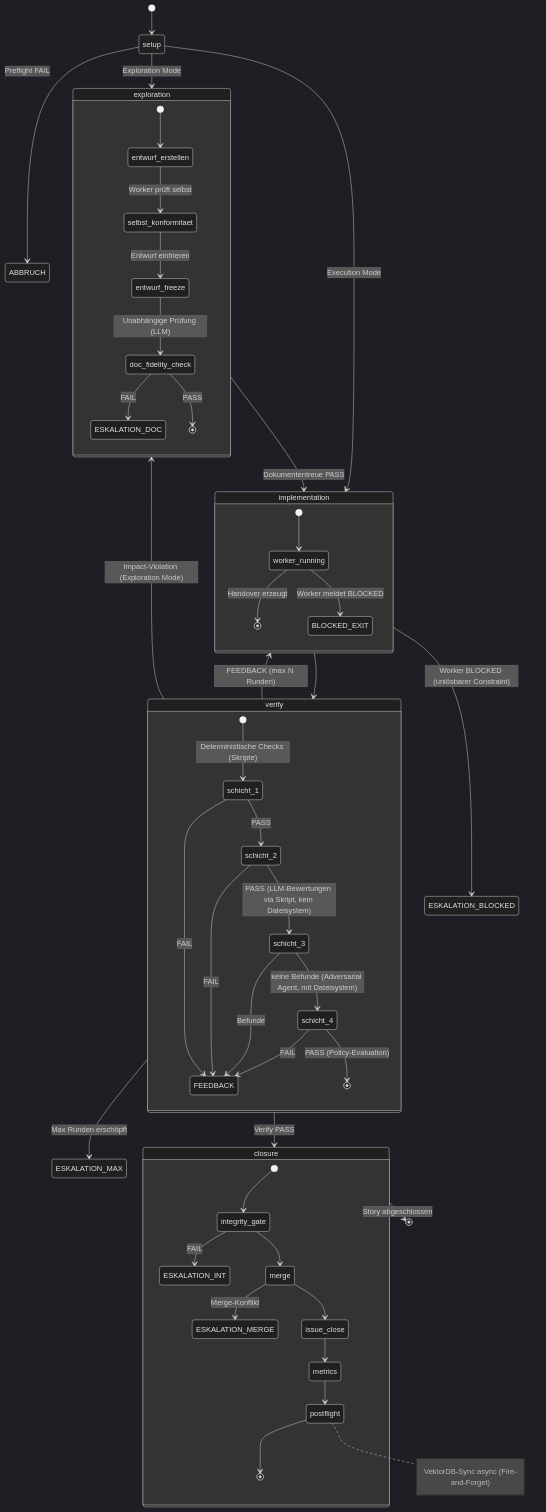
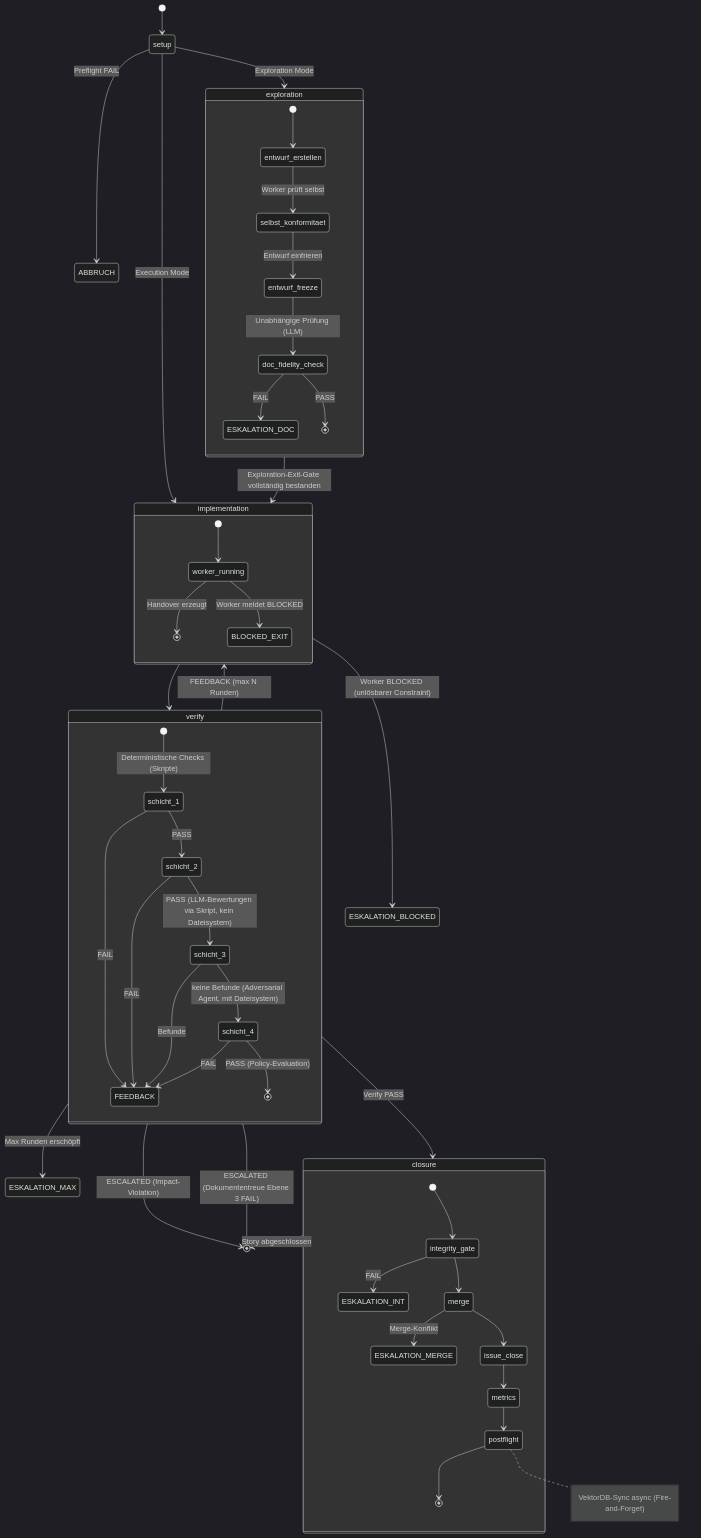
The first of 3 diagrams in concept/technical-design/20_workflow_engine_state_machine.md (saltenhof/claude-agentkit3), drawn with Mermaid (dark theme) before and after one commit. The commit also changed other lines of this file and 2 other files, not shown here.

````diff
--- a/concept/technical-design/20_workflow_engine_state_machine.md
+++ b/concept/technical-design/20_workflow_engine_state_machine.md
@@ -50,59 +50,60 @@
 ```mermaid
 stateDiagram-v2
     [*] --> setup
 
     setup --> ABBRUCH : Preflight FAIL
     setup --> exploration : Exploration Mode
     setup --> implementation : Execution Mode
 
     state exploration {
         [*] --> entwurf_erstellen
         entwurf_erstellen --> selbst_konformitaet : Worker prüft selbst
         selbst_konformitaet --> entwurf_freeze : Entwurf einfrieren
         entwurf_freeze --> doc_fidelity_check : Unabhängige Prüfung (LLM)
         doc_fidelity_check --> ESKALATION_DOC : FAIL
         doc_fidelity_check --> [*] : PASS
     }
 
-    exploration --> implementation : Dokumententreue PASS
+    exploration --> implementation : Exploration-Exit-Gate vollständig bestanden
 
     state implementation {
         [*] --> worker_running
         worker_running --> [*] : Handover erzeugt
         worker_running --> BLOCKED_EXIT : Worker meldet BLOCKED
     }
 
     implementation --> verify
     implementation --> ESKALATION_BLOCKED : Worker BLOCKED (unlösbarer Constraint)
 
     state verify {
         [*] --> schicht_1 : Deterministische Checks (Skripte)
         schicht_1 --> schicht_2 : PASS
         schicht_1 --> FEEDBACK : FAIL
         schicht_2 --> schicht_3 : PASS (LLM-Bewertungen via Skript, kein Dateisystem)
         schicht_2 --> FEEDBACK : FAIL
         schicht_3 --> schicht_4 : keine Befunde (Adversarial Agent, mit Dateisystem)
         schicht_3 --> FEEDBACK : Befunde
         schicht_4 --> [*] : PASS (Policy-Evaluation)
         schicht_4 --> FEEDBACK : FAIL
     }
 
     verify --> implementation : FEEDBACK (max N Runden)
-    verify --> exploration : Impact-Violation (Exploration Mode)
+    verify --> [*] : ESCALATED (Impact-Violation)
+    verify --> [*] : ESCALATED (Dokumententreue Ebene 3 FAIL)
     verify --> ESKALATION_MAX : Max Runden erschöpft
     verify --> closure : Verify PASS
 
     state closure {
         [*] --> integrity_gate
         integrity_gate --> ESKALATION_INT : FAIL
         integrity_gate --> merge
         merge --> ESKALATION_MERGE : Merge-Konflikt
         merge --> issue_close
         issue_close --> metrics
         metrics --> postflight
         postflight --> [*]
         note right of postflight : VektorDB-Sync async (Fire-and-Forget)
     }
 
     closure --> [*] : Story abgeschlossen
 ```
````
